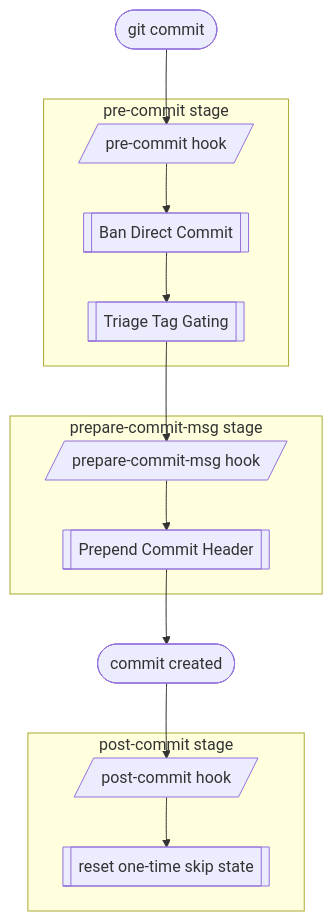
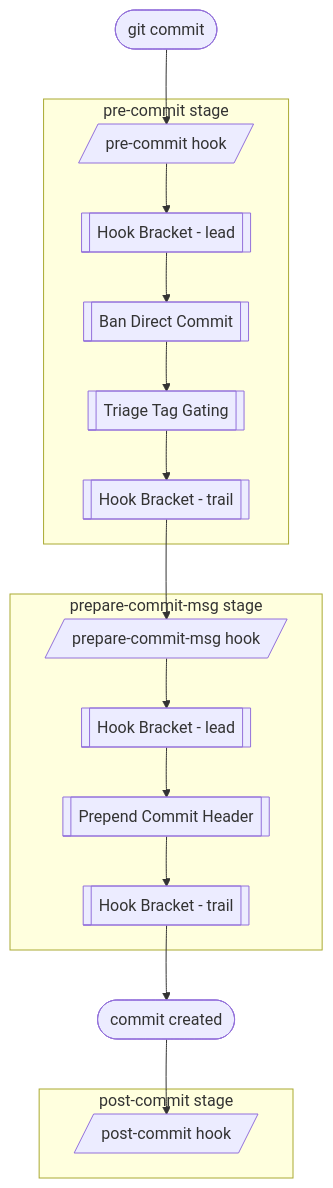
Before and after one commit to kami-lel/hupy: the diagram in docs/flow_doc.md, drawn with Mermaid. The commit also changed other lines of this file, not shown here.

Commit message:
update Flow Doc: add Hook Bracket lead/trail order in stage flow
#`flow_doc.md`

````diff
--- a/docs/flow_doc.md
+++ b/docs/flow_doc.md
@@ -5,24 +5,28 @@
 ```mermaid
 flowchart TD
     commit([git commit])
 
     %% pre-commit stage
     subgraph precommit [pre-commit stage]
-        pre[/pre-commit hook/] --> bdc[[Ban Direct Commit]] --> ttg[[Triage Tag Gating]]
+        pre[/pre-commit hook/] --> lead1[[Hook Bracket - lead]]
+        lead1 --> bdc[[Ban Direct Commit]] --> ttg[[Triage Tag Gating]]
+        ttg --> trail1[[Hook Bracket - trail]]
     end
 
     %% prepare-commit-msg stage
     subgraph preparemsg [prepare-commit-msg stage]
-        prep[/prepare-commit-msg hook/] --> pch[[Prepend Commit Header]]
+        prep[/prepare-commit-msg hook/] --> lead2[[Hook Bracket - lead]]
+        lead2 --> pch[[Prepend Commit Header]]
+        pch --> trail2[[Hook Bracket - trail]]
     end
 
     %% post-commit stage
     subgraph postcommit [post-commit stage]
-        post[/post-commit hook/] --> reset[[reset one-time skip state]]
+        post[/post-commit hook/]
     end
 
     commit --> pre
-    ttg --> prep
-    pch --> created([commit created])
+    trail1 --> prep
+    trail2 --> created([commit created])
     created --> post
 ```
````
